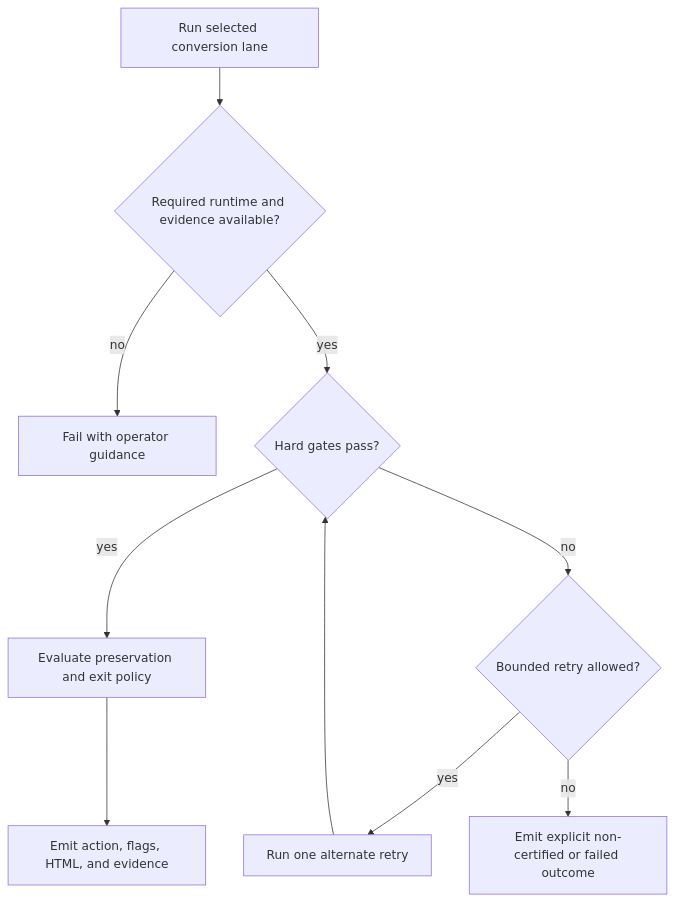
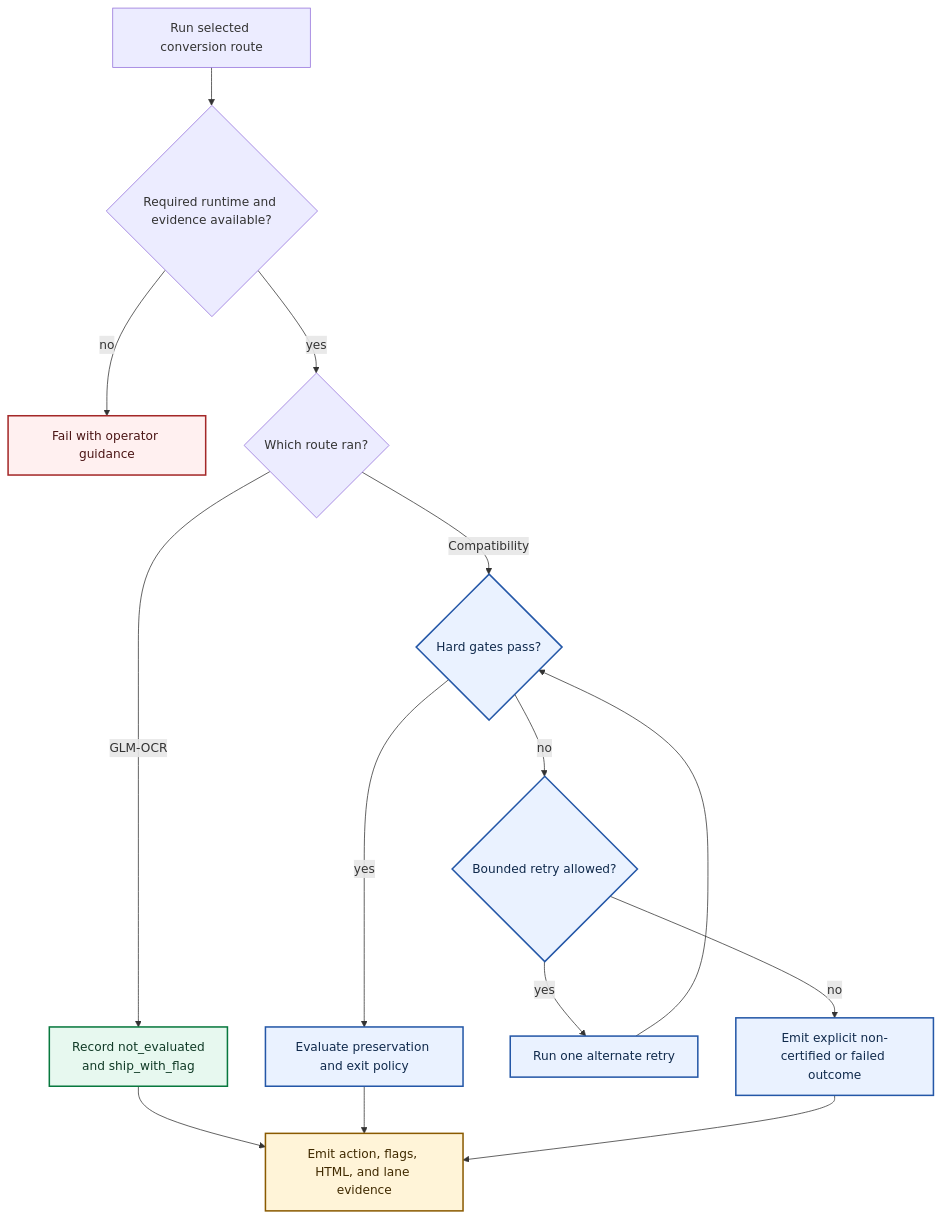
One commit to mdmurphy822/Ed4All changed the third of 3 diagrams in SemantiK/architecture.md. Above: the diagram before and after it, drawn with Mermaid. The commit also changed other lines of this file and 14 other files, not shown here.

Commit message:
docs(semantik): distinguish preferred and compatibility lanes

````diff
--- a/SemantiK/architecture.md
+++ b/SemantiK/architecture.md
@@ -253,12 +288,25 @@
 ```mermaid
 flowchart TD
-    run["Run selected conversion lane"] --> ok{"Required runtime and evidence available?"}
+    run["Run selected conversion route"] --> ok{"Required runtime and evidence available?"}
     ok -->|no| error["Fail with operator guidance"]
-    ok -->|yes| gate{"Hard gates pass?"}
+    ok -->|yes| route{"Which route ran?"}
+    route -->|GLM-OCR| glmposture["Record not_evaluated<br/>and ship_with_flag"]
+    route -->|Compatibility| gate{"Hard gates pass?"}
     gate -->|yes| score["Evaluate preservation and exit policy"]
     gate -->|no| retry{"Bounded retry allowed?"}
     retry -->|yes| rerun["Run one alternate retry"]
     rerun --> gate
     retry -->|no| flagged["Emit explicit non-certified or failed outcome"]
-    score --> output["Emit action, flags, HTML, and evidence"]
+    glmposture --> output["Emit action, flags, HTML, and lane evidence"]
+    score --> output
+    flagged --> output
+
+    classDef preferred fill:#E7F8EF,stroke:#08783E,color:#103A26,stroke-width:2px;
+    classDef compat fill:#EAF2FF,stroke:#2457A7,color:#102A4C,stroke-width:2px;
+    classDef contract fill:#FFF4D8,stroke:#8A5A00,color:#402A00,stroke-width:2px;
+    classDef failure fill:#FFF0F0,stroke:#A42828,color:#4B1515,stroke-width:2px;
+    class glmposture preferred;
+    class gate,score,retry,rerun,flagged compat;
+    class output contract;
+    class error failure;
 ```
````
